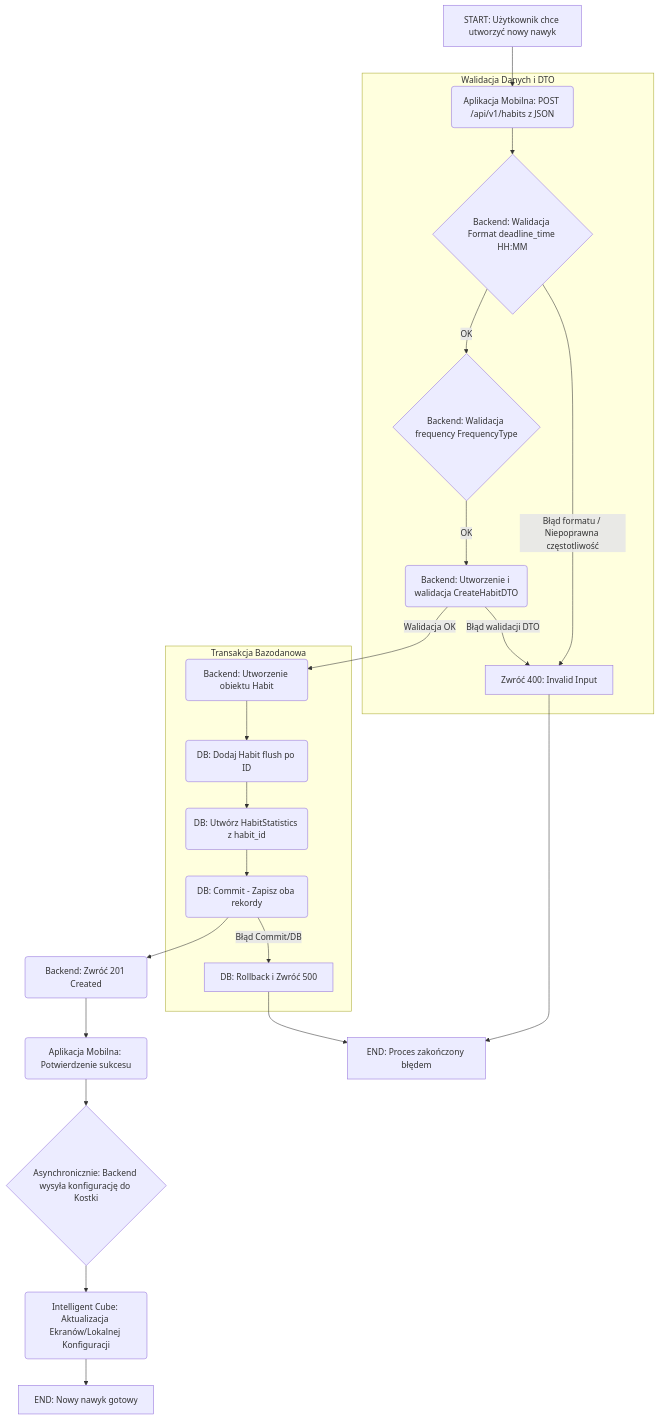
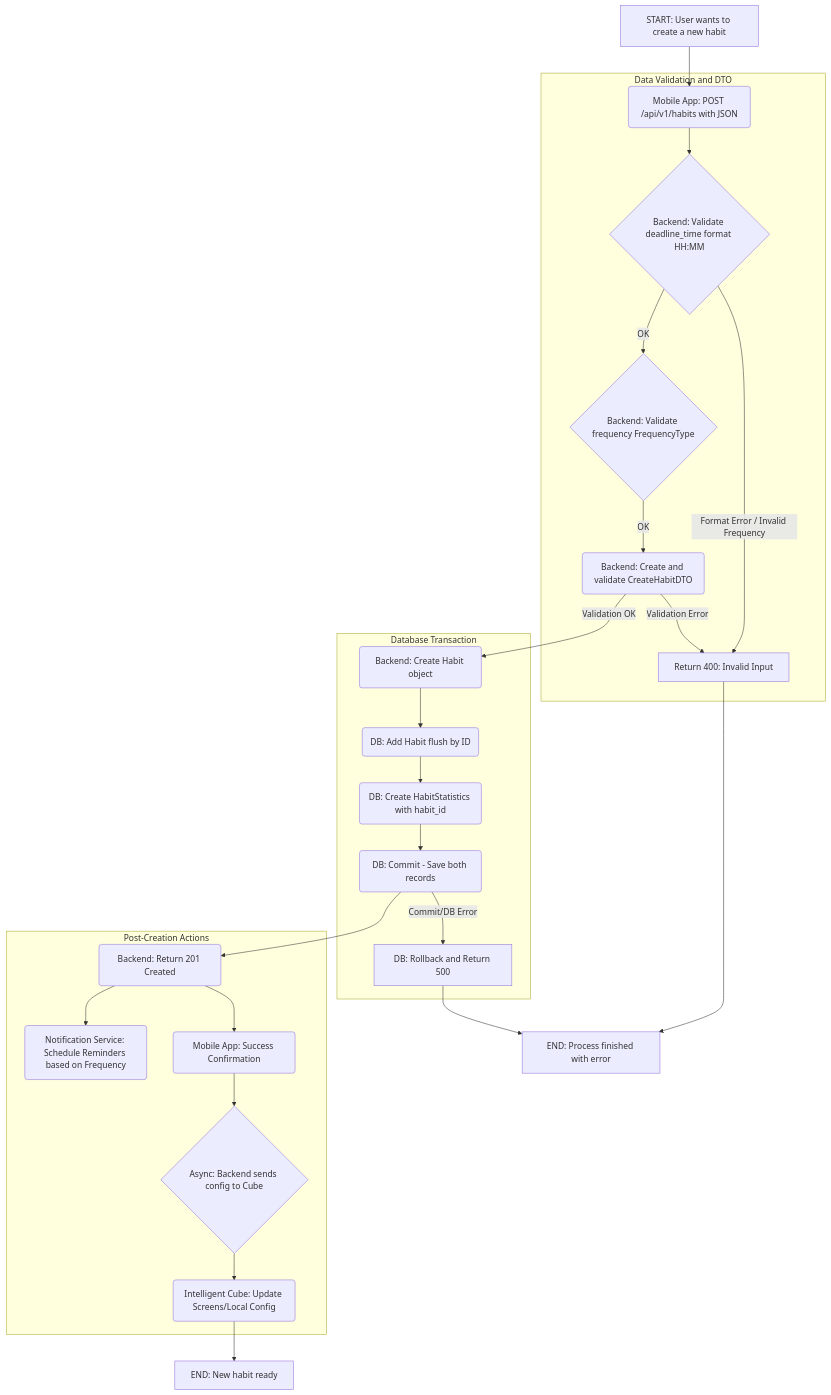
One commit to kurs0n/HabCube changed the first of 3 diagrams in README.md. Above: the diagram before and after it, drawn with Mermaid. The commit also changed other lines of this file, not shown here.

````diff
--- a/README.md
+++ b/README.md
@@ -237,31 +237,35 @@
 ```mermaid
 graph TD
-    A[START: Użytkownik chce utworzyć nowy nawyk] --> B(Aplikacja Mobilna: POST /api/v1/habits z JSON);
+    A[START: User wants to create a new habit] --> B(Mobile App: POST /api/v1/habits with JSON);
 
-    subgraph Walidacja Danych i DTO
-        B --> C1{Backend: Walidacja Format deadline_time HH:MM};
-        C1 -- Błąd formatu / Niepoprawna częstotliwość --> Z400[Zwróć 400: Invalid Input];
-        C1 -- OK --> C2{Backend: Walidacja frequency FrequencyType};
-        C2 -- OK --> D(Backend: Utworzenie i walidacja CreateHabitDTO);
+    subgraph Data Validation and DTO
+        B --> C1{Backend: Validate deadline_time format HH:MM};
+        C1 -- Format Error / Invalid Frequency --> Z400[Return 400: Invalid Input];
+        C1 -- OK --> C2{Backend: Validate frequency FrequencyType};
+        C2 -- OK --> D(Backend: Create and validate CreateHabitDTO);
     end
 
-    D -- Błąd walidacji DTO --> Z400;
-    D -- Walidacja OK --> E(Backend: Utworzenie obiektu Habit);
+    D -- Validation Error --> Z400;
+    D -- Validation OK --> E(Backend: Create Habit object);
 
-    subgraph Transakcja Bazodanowa
-        E --> F1(DB: Dodaj Habit flush po ID);
-        F1 --> F2(DB: Utwórz HabitStatistics z habit_id);
-        F2 --> G(DB: Commit - Zapisz oba rekordy);
-        G -- Błąd Commit/DB --> Z500[DB: Rollback i Zwróć 500];
+    subgraph Database Transaction
+        E --> F1(DB: Add Habit flush by ID);
+        F1 --> F2(DB: Create HabitStatistics with habit_id);
+        F2 --> G(DB: Commit - Save both records);
+        G -- Commit/DB Error --> Z500[DB: Rollback and Return 500];
     end
 
-    G --> H(Backend: Zwróć 201 Created);
-    H --> I(Aplikacja Mobilna: Potwierdzenie sukcesu);
+    G --> H(Backend: Return 201 Created);
+    
+    subgraph Post-Creation Actions
+        H --> H1(Notification Service: Schedule Reminders based on Frequency);
+        H --> I(Mobile App: Success Confirmation);
+        I --> J{Async: Backend sends config to Cube};
+        J --> K(Intelligent Cube: Update Screens/Local Config);
+    end
 
-    I --> J{Asynchronicznie: Backend wysyła konfigurację do Kostki};
-    J --> K(Intelligent Cube: Aktualizacja Ekranów/Lokalnej Konfiguracji);
-    K --> L[END: Nowy nawyk gotowy];
+    K --> L[END: New habit ready];
 
-    Z400 --> ZK[END: Proces zakończony błędem];
+    Z400 --> ZK[END: Process finished with error];
     Z500 --> ZK;
 ```
````
